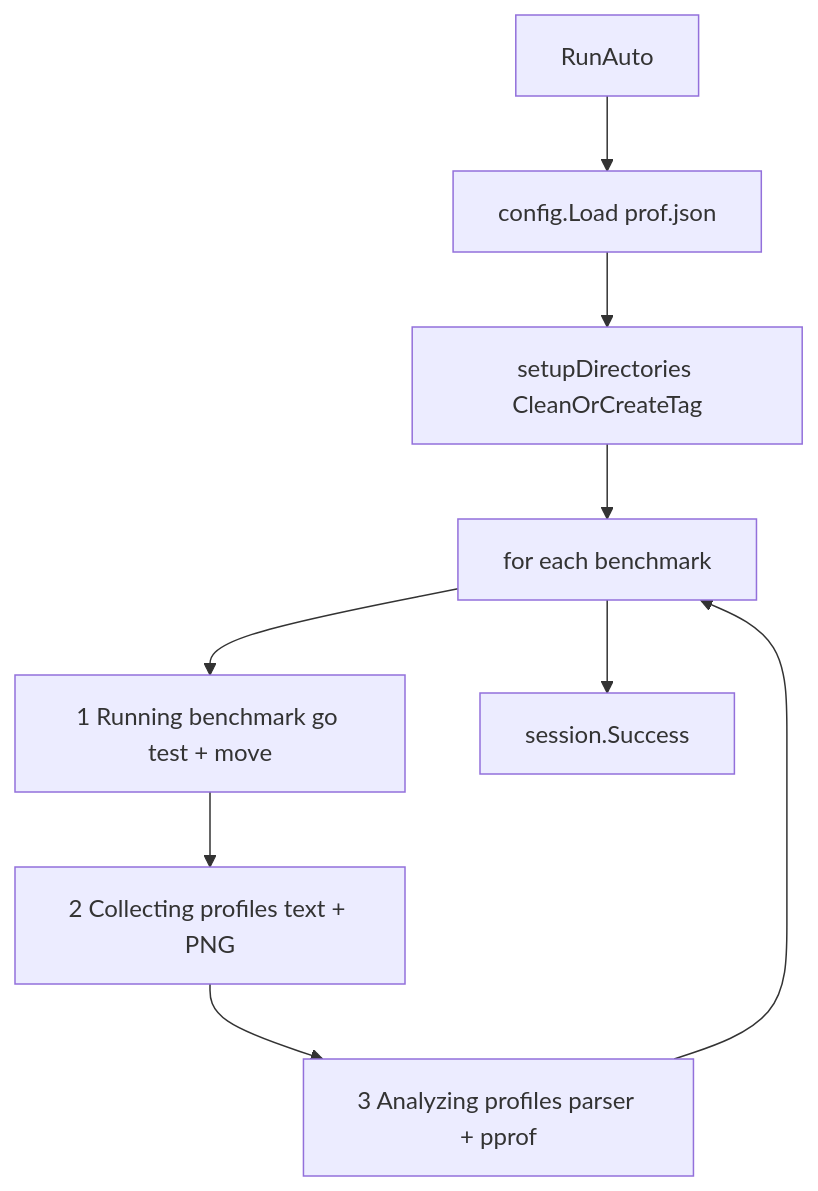
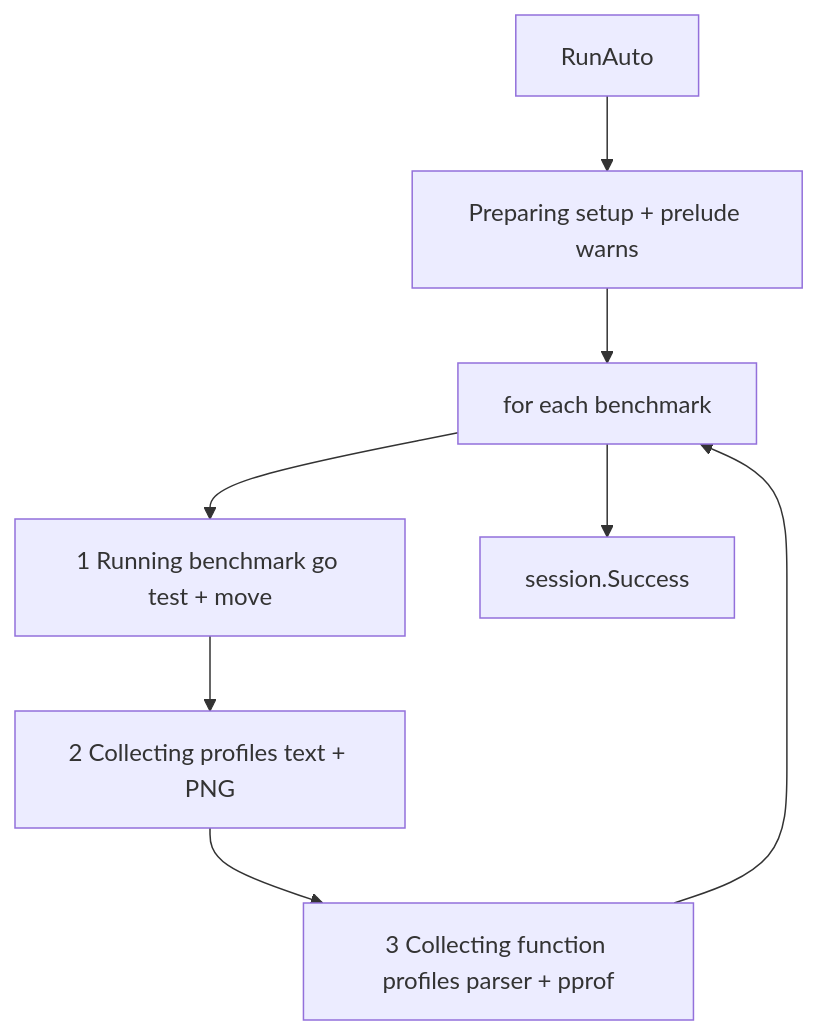
Before and after one commit to AlexsanderHamir/prof: the second of 2 diagrams in docs/collect-request-flow.md, drawn with Mermaid. The commit also changed other lines of this file and 1 other file, not shown here.

````diff
--- a/docs/collect-request-flow.md
+++ b/docs/collect-request-flow.md
@@ -109,11 +109,10 @@
 ```mermaid
 flowchart TB
-  runAuto["RunAuto"] --> loadCfg["config.Load prof.json"]
-  loadCfg --> setup["setupDirectories CleanOrCreateTag"]
-  setup --> loop["for each benchmark"]
+  runAuto["RunAuto"] --> prep["Preparing setup + prelude warns"]
+  prep --> loop["for each benchmark"]
   loop --> s1["1 Running benchmark go test + move"]
   s1 --> s2["2 Collecting profiles text + PNG"]
-  s2 --> s3["3 Analyzing profiles parser + pprof"]
+  s2 --> s3["3 Collecting function profiles parser + pprof"]
   s3 --> loop
   loop --> done["session.Success"]
 ```
````
